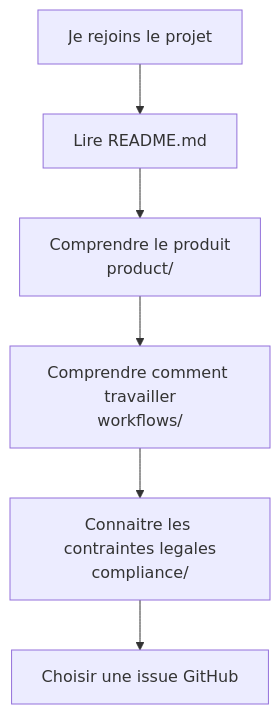
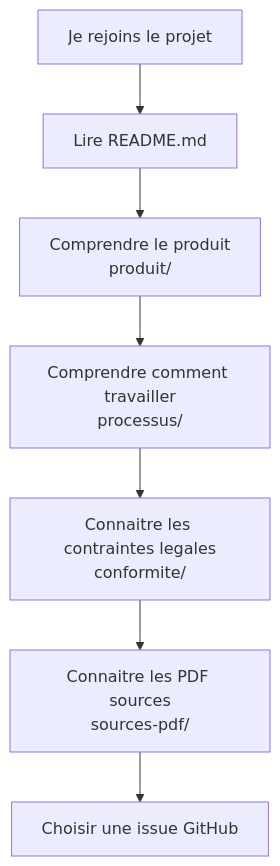
Before and after one commit to Chaye-parcel-traveler/chaye_documentations: the third of 6 diagrams in README.md, drawn with Mermaid. The commit also changed other lines of this file and 12 other files, not shown here.

````diff
--- a/README.md
+++ b/README.md
@@ -103,8 +105,9 @@
 ```mermaid
 flowchart TD
     Start["Je rejoins le projet"] --> Readme["Lire README.md"]
-    Readme --> Product["Comprendre le produit<br/>product/"]
-    Product --> Workflow["Comprendre comment travailler<br/>workflows/"]
-    Workflow --> Compliance["Connaitre les contraintes legales<br/>compliance/"]
-    Compliance --> Issue["Choisir une issue GitHub"]
+    Readme --> Produit["Comprendre le produit<br/>produit/"]
+    Produit --> Processus["Comprendre comment travailler<br/>processus/"]
+    Processus --> Conformite["Connaitre les contraintes legales<br/>conformite/"]
+    Conformite --> Sources["Connaitre les PDF sources<br/>sources-pdf/"]
+    Sources --> Issue["Choisir une issue GitHub"]
 ```
````
